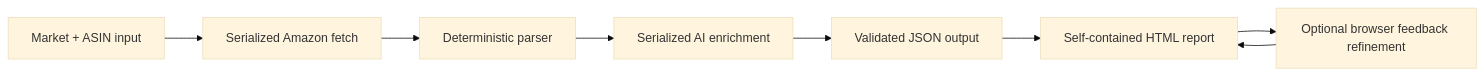
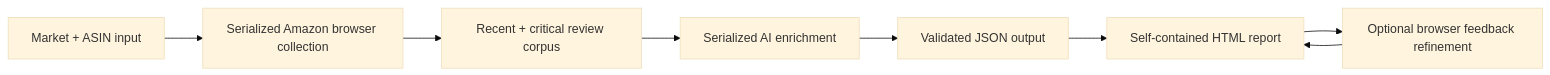
One commit to christycap/review-genius changed the diagram in README.md. Above: the diagram before and after it, drawn with Mermaid (base theme). The commit also changed other lines of this file and 12 other files, not shown here.

````diff
--- a/README.md
+++ b/README.md
@@ -28,10 +28,10 @@
 ```mermaid
 flowchart LR
-    A[Market + ASIN input] --> B[Serialized Amazon fetch]
-    B --> C[Deterministic parser]
+    A[Market + ASIN input] --> B[Serialized Amazon browser collection]
+    B --> C[Recent + critical review corpus]
     C --> D[Serialized AI enrichment]
     D --> E[Validated JSON output]
     E --> F[Self-contained HTML report]
     F --> G[Optional browser feedback refinement]
     G --> F
 ```
````
